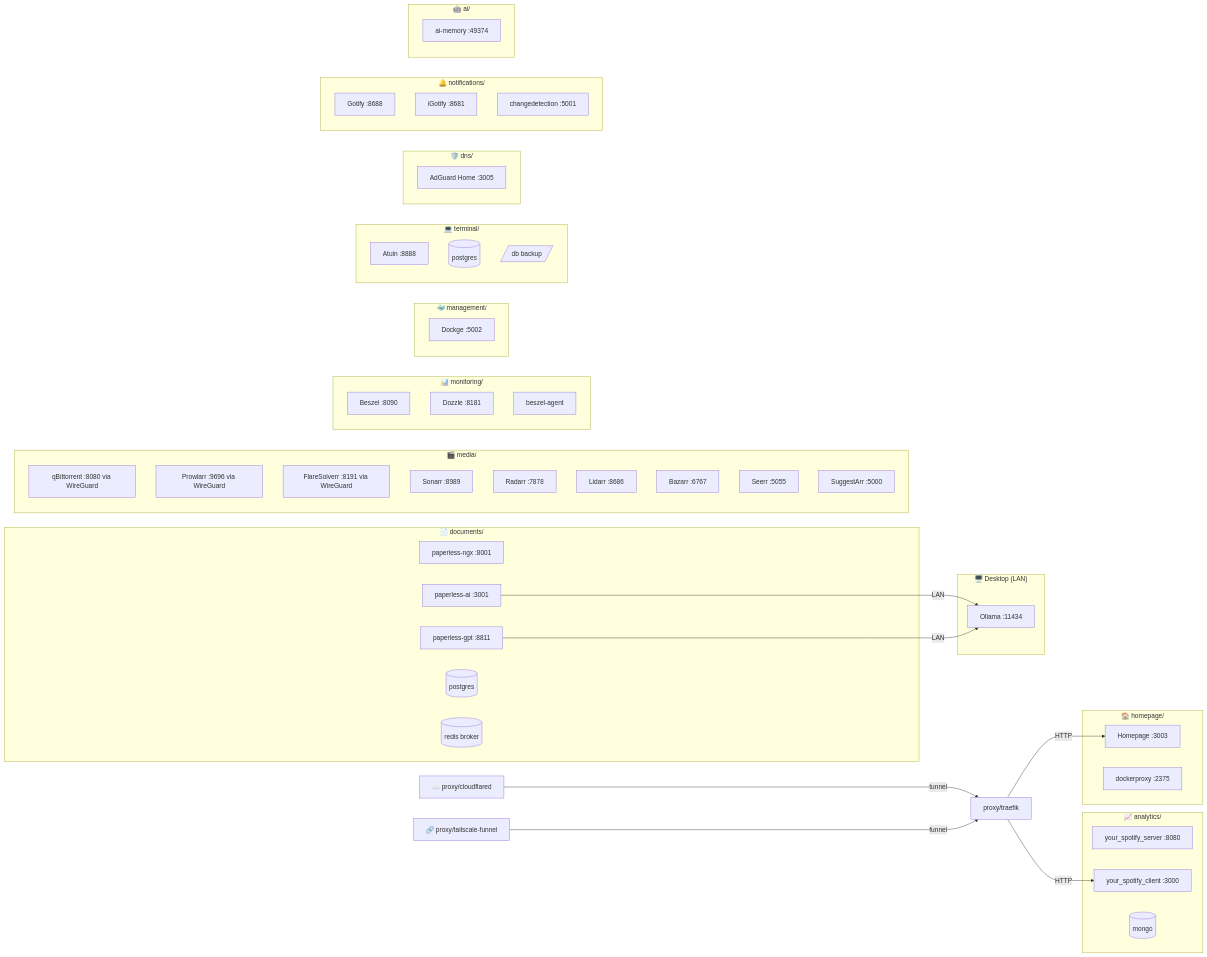
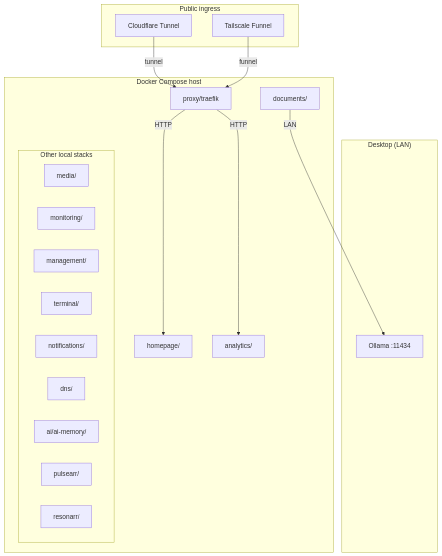
Before and after one commit to lexcode/homelab: the diagram in README.md, drawn with Mermaid.

Commit message:
[codex] fix README Mermaid layout

````diff
--- a/README.md
+++ b/README.md
@@ -5,66 +5,37 @@
 ```mermaid
-flowchart LR
-    subgraph docs["📄  documents/"]
-        pngx[paperless-ngx :8001]
-        pai[paperless-ai :3001]
-        pgpt[paperless-gpt :8811]
-        pg[(postgres)]
-        rd[(redis broker)]
+flowchart TB
+    subgraph ingress["Public ingress"]
+        cf["Cloudflare Tunnel"]
+        ts["Tailscale Funnel"]
     end
-    subgraph med["🎬  media/"]
-        qbt[qBittorrent :8080 via WireGuard]
-        prowlarr[Prowlarr :9696 via WireGuard]
-        flare[FlareSolverr :8191 via WireGuard]
-        sonarr[Sonarr :8989]
-        radarr[Radarr :7878]
-        lidarr[Lidarr :8686]
-        bazarr[Bazarr :6767]
-        seerr[Seerr :5055]
-        suggestarr[SuggestArr :5000]
+
+    subgraph docker["Docker Compose host"]
+        traefik["proxy/traefik"]
+        homepage["homepage/"]
+        analytics["analytics/"]
+        documents["documents/"]
+
+        subgraph local["Other local stacks"]
+            direction LR
+            media["media/"]
+            monitoring["monitoring/"]
+            management["management/"]
+            terminal["terminal/"]
+            notifications["notifications/"]
+            dns["dns/"]
+            aimemory["ai/ai-memory/"]
+            pulsearr["pulsearr/"]
+            resonarr["resonarr/"]
+        end
     end
-    subgraph mon["📊  monitoring/"]
-        beszel[Beszel :8090]
-        dozzle[Dozzle :8181]
-        beszelagent[beszel-agent]
+
+    subgraph desktop["Desktop (LAN)"]
+        ollama["Ollama :11434"]
     end
-    subgraph mgmt["🐳  management/"]
-        dockge[Dockge :5002]
-    end
-    subgraph ana["📈  analytics/"]
-        yss[your_spotify_server :8080]
-        ysc[your_spotify_client :3000]
-        ysm[(mongo)]
-    end
-    subgraph term["💻  terminal/"]
-        atuin[Atuin :8888]
-        atuinpg[(postgres)]
-        atuinbkp[/db backup/]
-    end
-    subgraph home["🏠  homepage/"]
-        hp[Homepage :3003]
-        dp[dockerproxy :2375]
-    end
-    subgraph dns["🛡️  dns/"]
-        ag[AdGuard Home :3005]
-    end
-    subgraph notif["🔔 notifications/"]
-        gotify[Gotify :8688]
-        igotify[iGotify :8681]
-        cd[changedetection :5001]
-    end
-    subgraph ai["🤖 ai/"]
-        aim[ai-memory :49374]
-    end
-    cf[☁️  proxy/cloudflared]
-    ts[🔗 proxy/tailscale-funnel]
-    traefik[proxy/traefik]
-    subgraph desktop["🖥️  Desktop (LAN)"]
-        ollama[Ollama :11434]
-    end
-    pai -- LAN --> ollama
-    pgpt -- LAN --> ollama
+
     cf -- tunnel --> traefik
     ts -- funnel --> traefik
-    traefik -- HTTP --> hp
-    traefik -- HTTP --> ysc
+    traefik -- HTTP --> homepage
+    traefik -- HTTP --> analytics
+    documents -- LAN --> ollama
 ```
````
